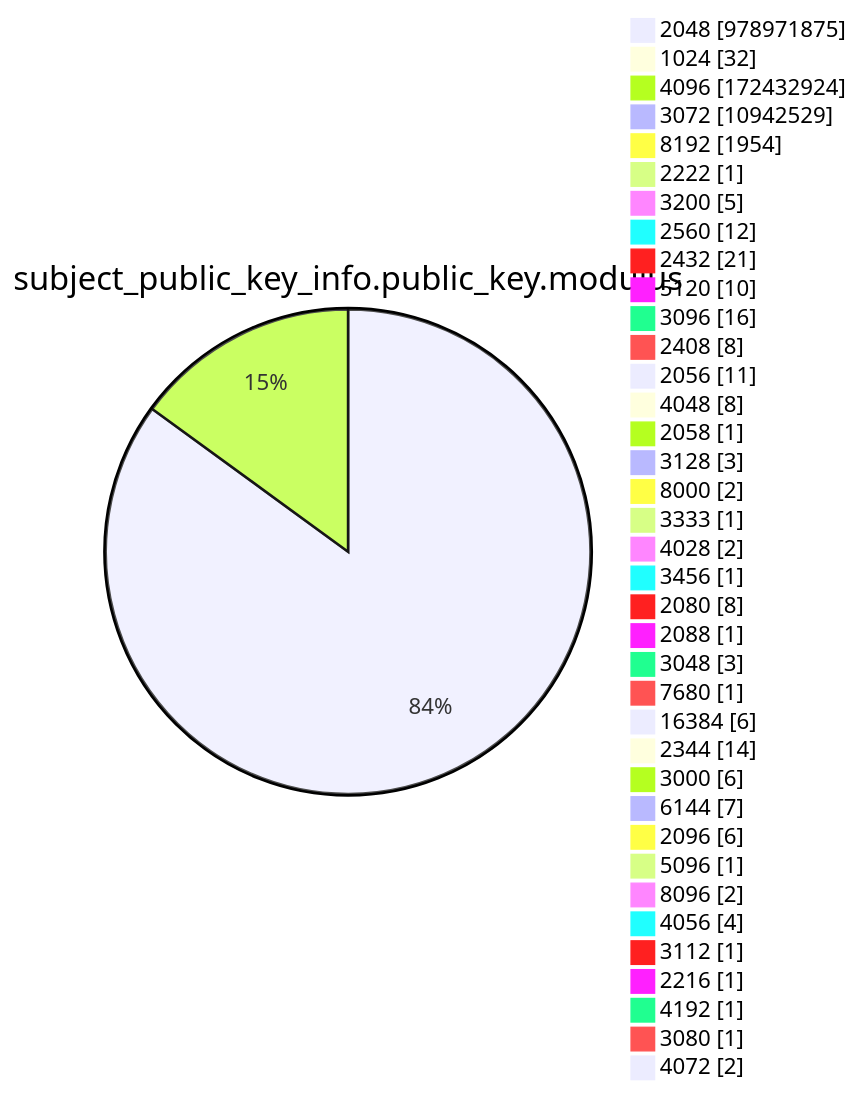
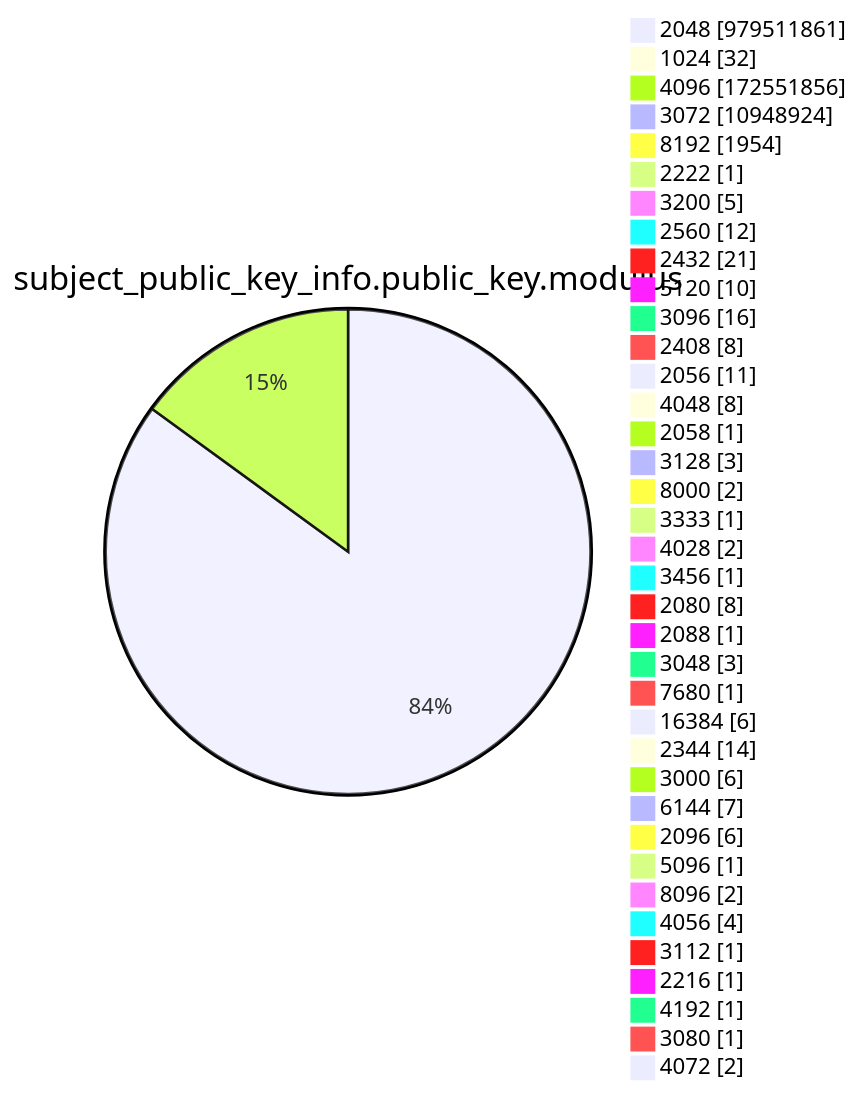
Diagram 13 of 15 in argon2022/README.md (christiankrug/ctmonitor_visualization), drawn with Mermaid before and after one commit. The commit also changed other lines of this file, not shown here.

````diff
--- a/argon2022/README.md
+++ b/argon2022/README.md
@@ -3587,41 +3587,41 @@
 ```mermaid
 pie showData
 title subject_public_key_info.public_key.modulus
-"2048" :978971875
+"2048" :979511861
 "1024" :32
-"4096" :172432924
-"3072" :10942529
+"4096" :172551856
+"3072" :10948924
 "8192" :1954
 "2222" :1
 "3200" :5
 "2560" :12
 "2432" :21
 "5120" :10
 "3096" :16
 "2408" :8
 "2056" :11
 "4048" :8
 "2058" :1
 "3128" :3
 "8000" :2
 "3333" :1
 "4028" :2
 "3456" :1
 "2080" :8
 "2088" :1
 "3048" :3
 "7680" :1
 "16384" :6
 "2344" :14
 "3000" :6
 "6144" :7
 "2096" :6
 "5096" :1
 "8096" :2
 "4056" :4
 "3112" :1
 "2216" :1
 "4192" :1
 "3080" :1
 "4072" :2
 ```
````
